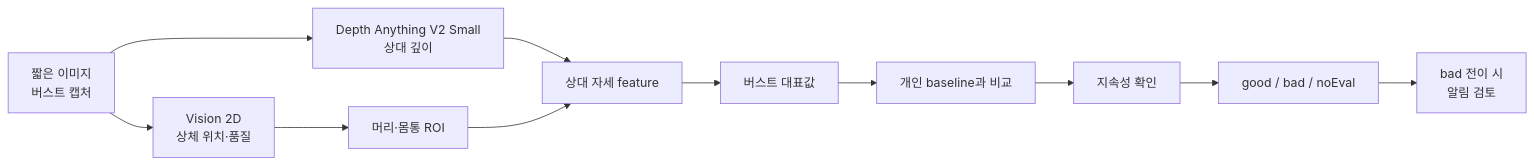
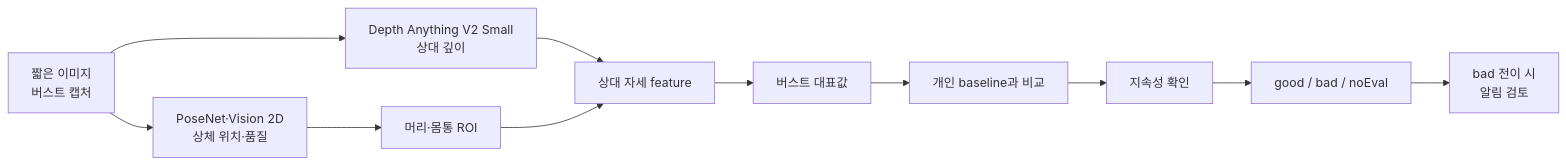
Before and after one commit to kimchanhyung98/turtlemeck: the first of 2 diagrams in docs/workflow.md, drawn with Mermaid. The commit also changed other lines of this file and 37 other files, not shown here.

Commit message:
docs: adopt PoseNet-first pose path and add review reports

````diff
--- a/docs/workflow.md
+++ b/docs/workflow.md
@@ -15,13 +15,13 @@
 ```mermaid
 flowchart LR
-    A["짧은 이미지<br/>버스트 캡처"] --> B["Vision 2D<br/>상체 위치·품질"]
+    A["짧은 이미지<br/>버스트 캡처"] --> B["PoseNet·Vision 2D<br/>상체 위치·품질"]
     A --> C["Depth Anything V2 Small<br/>상대 깊이"]
     B --> D["머리·몸통 ROI"]
     C --> E["상대 자세 feature"]
     D --> E
     E --> F["버스트 대표값"]
     F --> G["개인 baseline과 비교"]
     G --> H["지속성 확인"]
     H --> I["good / bad / noEval"]
     I --> J["bad 전이 시<br/>알림 검토"]
 ```
````
